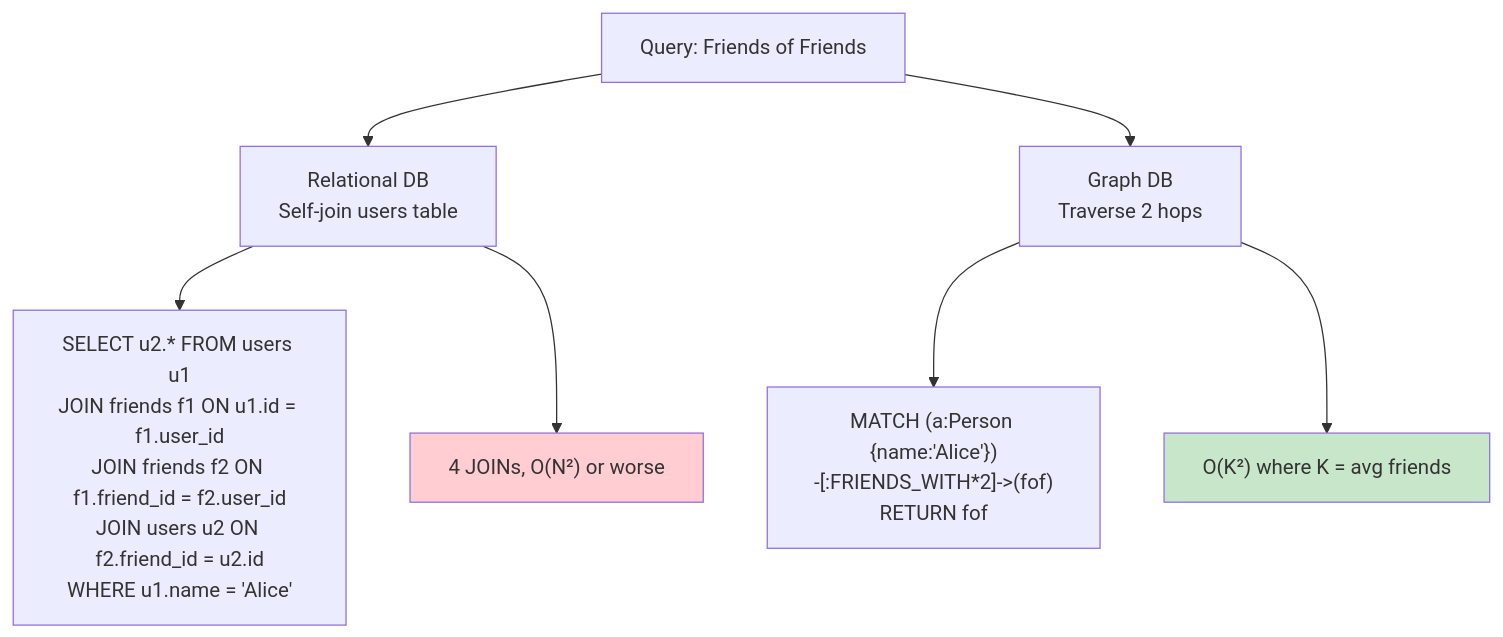
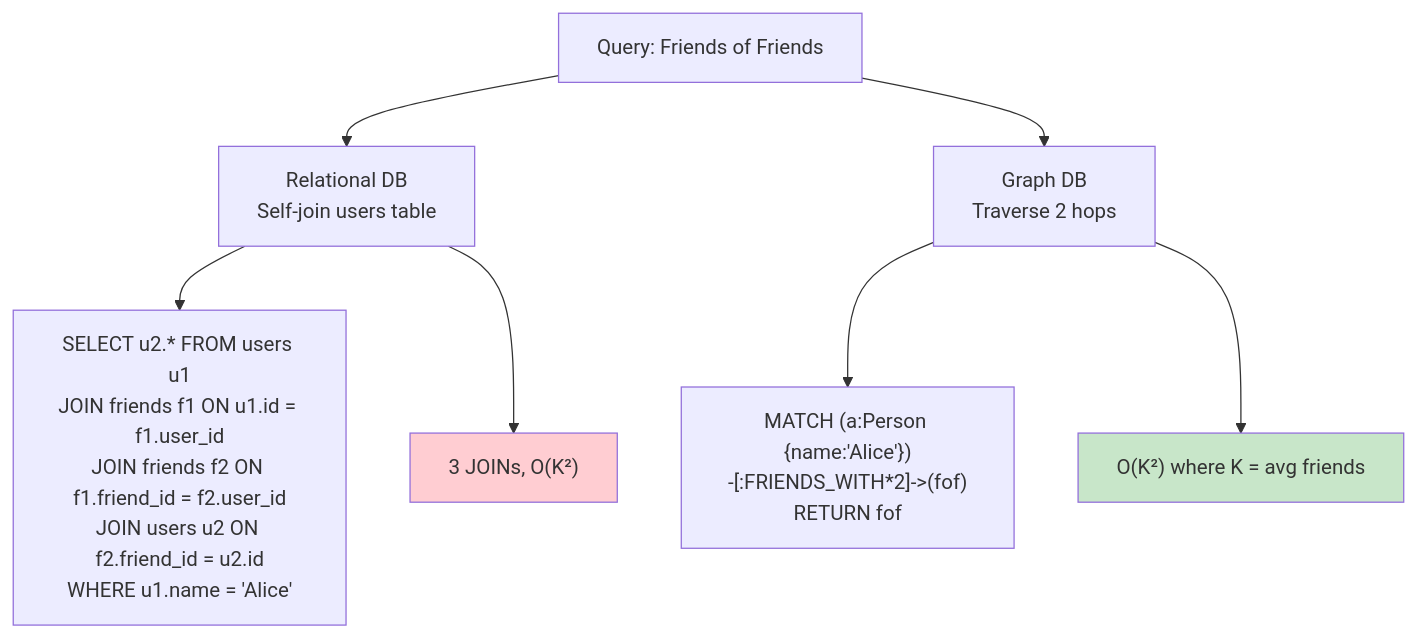
The second of 4 diagrams in src/dbms/nosql/graph.md (vanos001/placement_prep), drawn with Mermaid before and after one commit. The commit also changed 153 other files, not shown here.

````diff
--- a/src/dbms/nosql/graph.md
+++ b/src/dbms/nosql/graph.md
@@ -86,14 +86,14 @@
 ```mermaid
 flowchart TD
     A["Query: Friends of Friends"] --> B["Relational DB<br/>Self-join users table"]
     A --> C["Graph DB<br/>Traverse 2 hops"]
 
     B --> B1["SELECT u2.* FROM users u1<br/>JOIN friends f1 ON u1.id = f1.user_id<br/>JOIN friends f2 ON f1.friend_id = f2.user_id<br/>JOIN users u2 ON f2.friend_id = u2.id<br/>WHERE u1.name = 'Alice'"]
-    B --> B2["4 JOINs, O(N²) or worse"]
+    B --> B2["3 JOINs, O(K²)"]
 
     C --> C1["MATCH (a:Person {name:'Alice'})<br/>-[:FRIENDS_WITH*2]->(fof)<br/>RETURN fof"]
     C --> C2["O(K²) where K = avg friends"]
 
     style B2 fill:#ffcdd2
     style C2 fill:#c8e6c9
 ```
````
